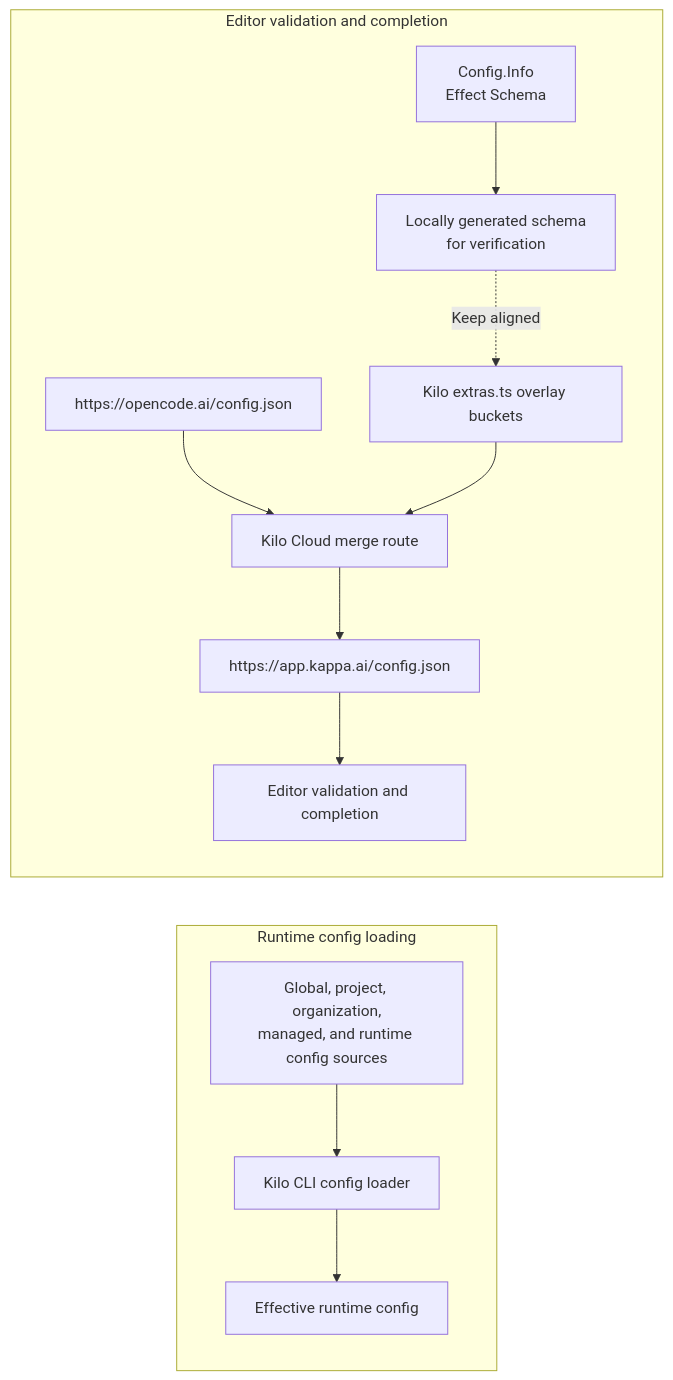
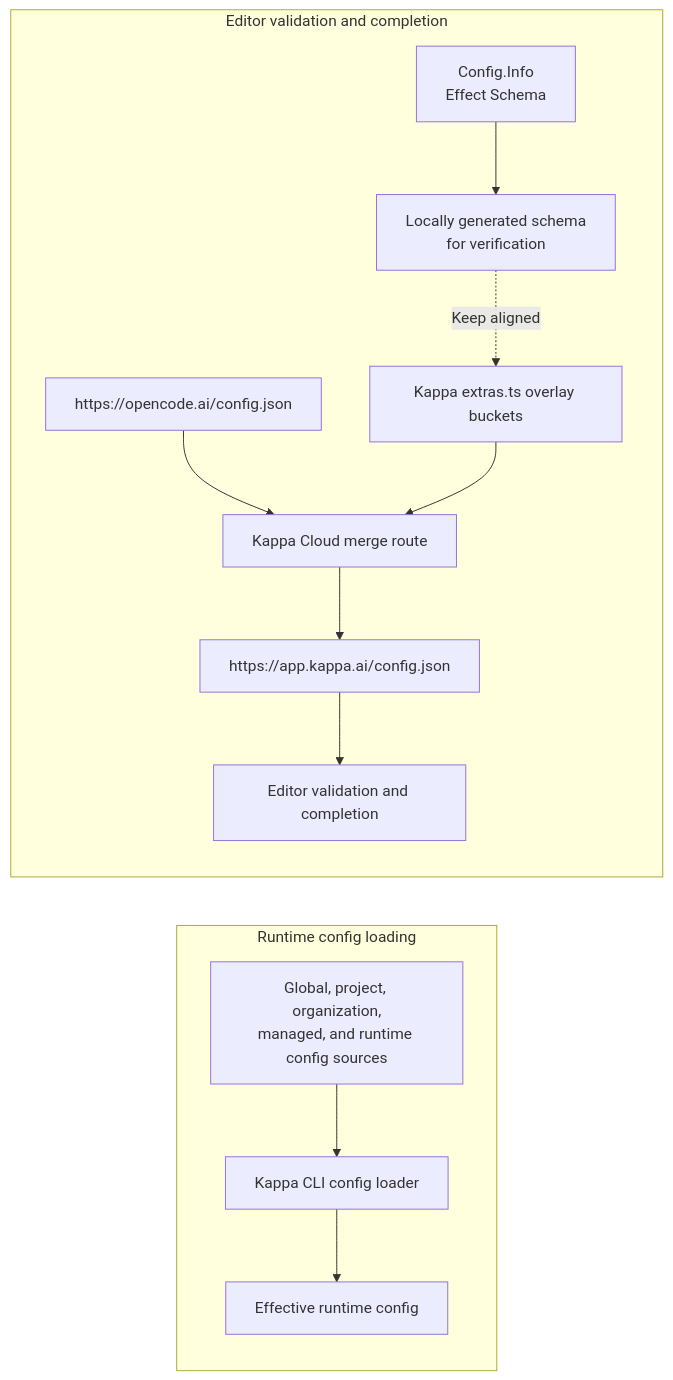
One commit to toxicwind/The-kappa-engine-open-source-AI-coding-agent-runtime changed the diagram in packages/kappa-docs/pages/contributing/architecture/config-schema.md. Above: the diagram before and after it, drawn with Mermaid. The commit also changed other lines of this file and 5295 other files, not shown here.

````diff
--- a/packages/kappa-docs/pages/contributing/architecture/config-schema.md
+++ b/packages/kappa-docs/pages/contributing/architecture/config-schema.md
@@ -23,13 +23,13 @@
 ```mermaid
 flowchart LR
   subgraph runtime ["Runtime config loading"]
-    files["Global, project, organization,<br/>managed, and runtime config sources"] --> loader["Kilo CLI config loader"] --> effective["Effective runtime config"]
+    files["Global, project, organization,<br/>managed, and runtime config sources"] --> loader["Kappa CLI config loader"] --> effective["Effective runtime config"]
   end
 
   subgraph schema ["Editor validation and completion"]
     info["Config.Info<br/>Effect Schema"] --> generated["Locally generated schema<br/>for verification"]
-    upstream["https://opencode.ai/config.json"] --> overlay["Kilo Cloud merge route"]
-    extras["Kilo extras.ts overlay buckets"] --> overlay --> endpoint["https://app.kappa.ai/config.json"] --> editor["Editor validation and completion"]
+    upstream["https://opencode.ai/config.json"] --> overlay["Kappa Cloud merge route"]
+    extras["Kappa extras.ts overlay buckets"] --> overlay --> endpoint["https://app.kappa.ai/config.json"] --> editor["Editor validation and completion"]
     generated -. "Keep aligned" .-> extras
   end
 ```
````
